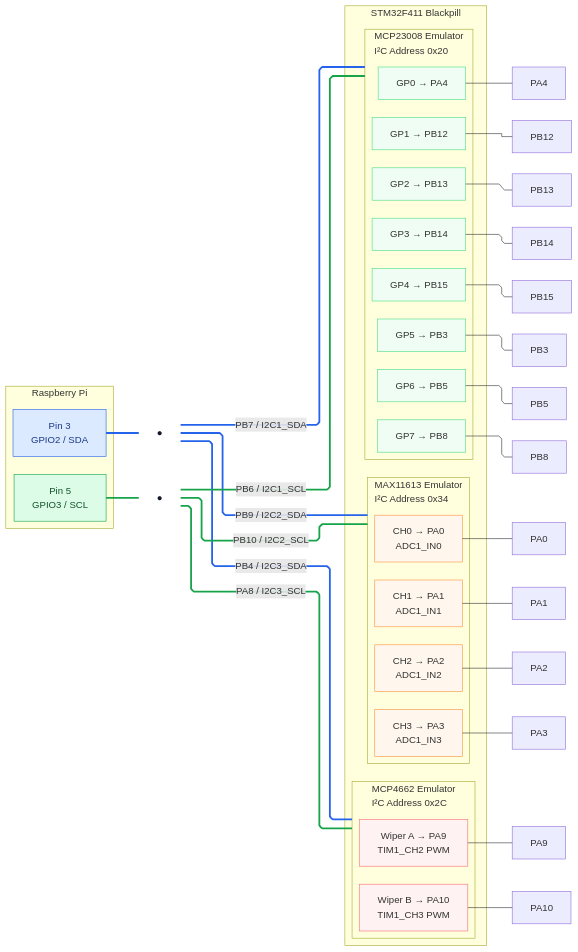
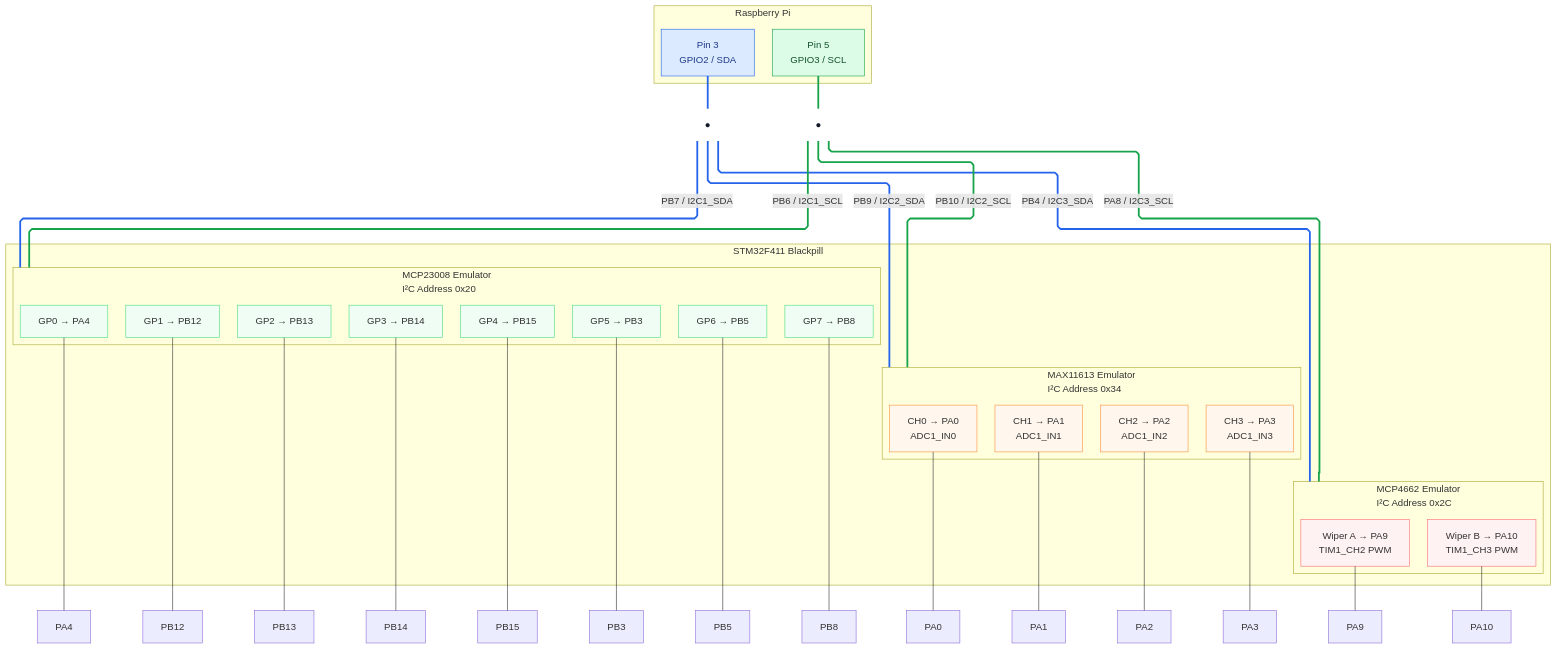
Before and after one commit to SQ5BAR/STM32-Radioberry-I2C-Expansion-Emulator: the diagram in diagram.md, drawn with Mermaid.

````diff
--- a/diagram.md
+++ b/diagram.md
@@ -1,6 +1,6 @@
 ```mermaid
 %%{init: {"flowchart": {"defaultRenderer": "elk", "curve": "linear"}}}%%
-flowchart LR
+flowchart TB
 
     classDef purple stroke:#a78bfa,fill:#f5f3ff;
     classDef green stroke:#4ade80,fill:#f0fdf4;
@@ -9,10 +9,11 @@
     classDef sda stroke:#2563eb,fill:#dbeafe,color:#1e3a8a;
     classDef scl stroke:#16a34a,fill:#dcfce7,color:#14532d;
     classDef dot stroke:transparent,fill:transparent,color:#111827;
+    classDef hidden stroke:transparent,fill:transparent,color:transparent;
 
-    %% Raspberry Pi
+    %% Raspberry Pi block - top
     subgraph R["Raspberry Pi"]
-    direction TB
+    direction LR
         P3["Pin 3<br/>GPIO2 / SDA"]:::sda
         P5["Pin 5<br/>GPIO3 / SCL"]:::scl
     end
@@ -21,7 +22,7 @@
     SDA_DOT["●"]:::dot
     SCL_DOT["●"]:::dot
 
-    %% STM32F411 Blackpill
+    %% STM32F411 Blackpill block - bottom
     subgraph B["STM32F411 Blackpill"]
     direction LR
 
@@ -67,6 +68,10 @@
     SCL_DOT ---|"PB10 / I2C2_SCL"| MAX
     SCL_DOT ---|"PA8 / I2C3_SCL"| POT
 
+    %% Force horizontal order of subblocks inside Blackpill
+    MCP ~~~ MAX
+    MAX ~~~ POT
+
     %% MCP23008 outputs
     GP0 --- GP0_OUT["PA4"]
     GP1 --- GP1_OUT["PB12"]
````
